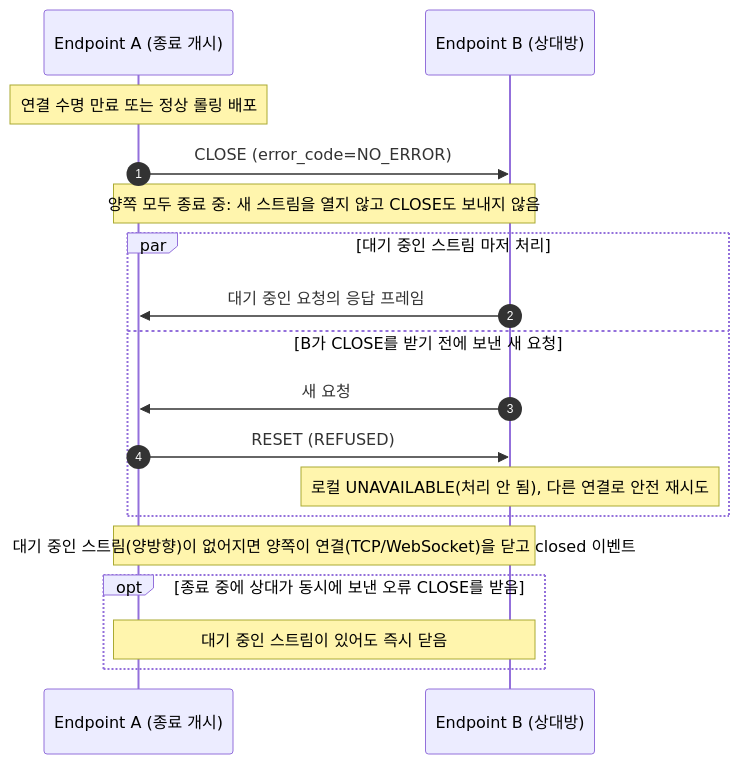
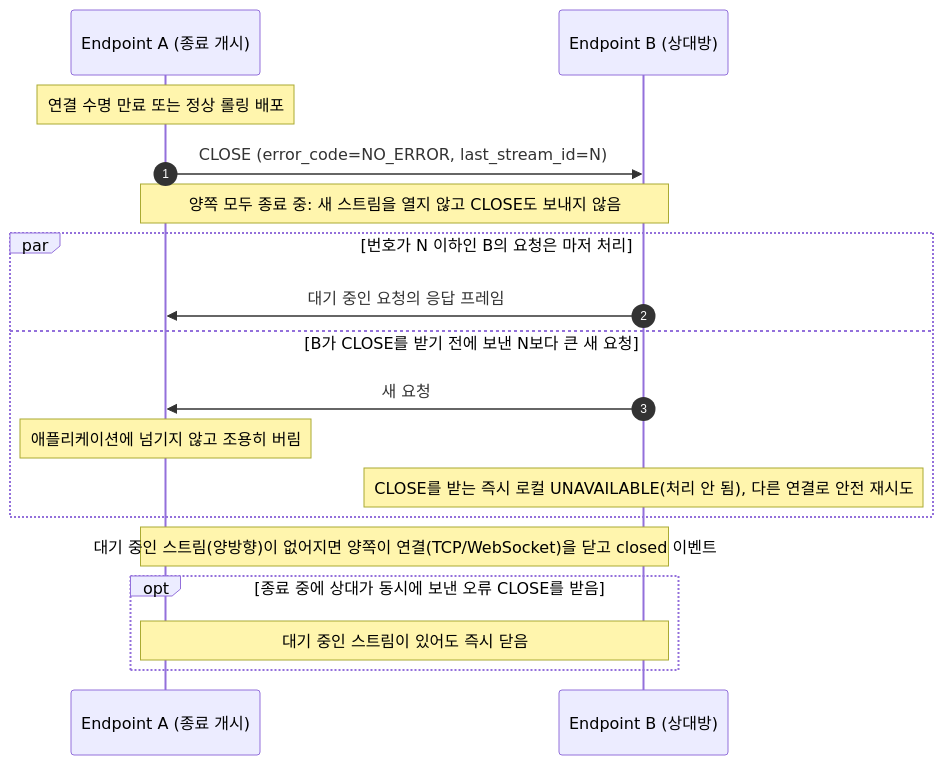
One commit to ppzxc/strand changed the second of 3 diagrams in docs/specification/STRAND_SPECIFICATION.md. Above: the diagram before and after it, drawn with Mermaid. The commit also changed other lines of this file and 24 other files, not shown here.

First line of the commit message:
docs: 거절과 CLOSE last_stream_id, CLOSE 뒤 새 요청 폐기 반영 (#162) (#171)

````diff
--- a/docs/specification/STRAND_SPECIFICATION.md
+++ b/docs/specification/STRAND_SPECIFICATION.md
@@ -417,25 +431,25 @@
 ```mermaid
 sequenceDiagram
     autonumber
     participant A as Endpoint A (종료 개시)
     participant B as Endpoint B (상대방)
 
     Note over A: 연결 수명 만료 또는 정상 롤링 배포
-    A->>B: CLOSE (error_code=NO_ERROR)
+    A->>B: CLOSE (error_code=NO_ERROR, last_stream_id=N)
 
     Note over A,B: 양쪽 모두 종료 중: 새 스트림을 열지 않고 CLOSE도 보내지 않음
 
-    par 대기 중인 스트림 마저 처리
+    par 번호가 N 이하인 B의 요청은 마저 처리
         B->>A: 대기 중인 요청의 응답 프레임
-    and B가 CLOSE를 받기 전에 보낸 새 요청
+    and B가 CLOSE를 받기 전에 보낸 N보다 큰 새 요청
         B->>A: 새 요청
-        A->>B: RESET (REFUSED)
-        Note over B: 로컬 UNAVAILABLE(처리 안 됨), 다른 연결로 안전 재시도
+        Note over A: 애플리케이션에 넘기지 않고 조용히 버림
+        Note over B: CLOSE를 받는 즉시 로컬 UNAVAILABLE(처리 안 됨), 다른 연결로 안전 재시도
     end
 
     Note over A,B: 대기 중인 스트림(양방향)이 없어지면 양쪽이 연결(TCP/WebSocket)을 닫고 closed 이벤트
 
     opt 종료 중에 상대가 동시에 보낸 오류 CLOSE를 받음
         Note over A,B: 대기 중인 스트림이 있어도 즉시 닫음
     end
 ```
````
